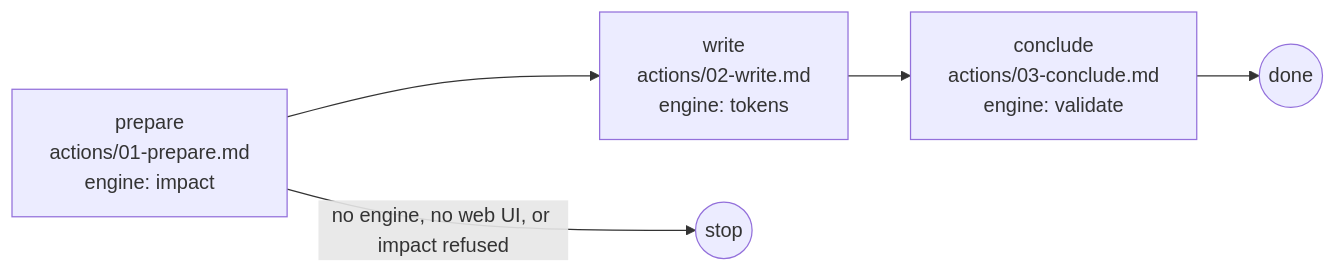
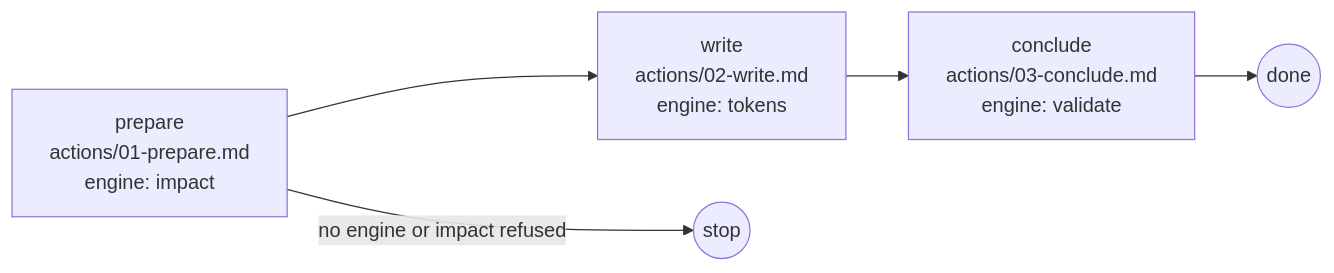
The diagram in plugins/aidd-ui/skills/01-system/SKILL.md (ai-driven-dev/framework), drawn with Mermaid before and after one commit. The commit also changed other lines of this file and 11 other files, not shown here.

````diff
--- a/plugins/aidd-ui/skills/01-system/SKILL.md
+++ b/plugins/aidd-ui/skills/01-system/SKILL.md
@@ -10,7 +10,7 @@
 ```mermaid
 flowchart LR
   prepare["prepare<br>actions/01-prepare.md<br>engine: impact"] --> write["write<br>actions/02-write.md<br>engine: tokens"]
   write --> conclude["conclude<br>actions/03-conclude.md<br>engine: validate"]
   conclude --> done((done))
-  prepare -->|"no engine, no web UI, or impact refused"| stop((stop))
+  prepare -->|"no engine or impact refused"| stop((stop))
 ```
````
